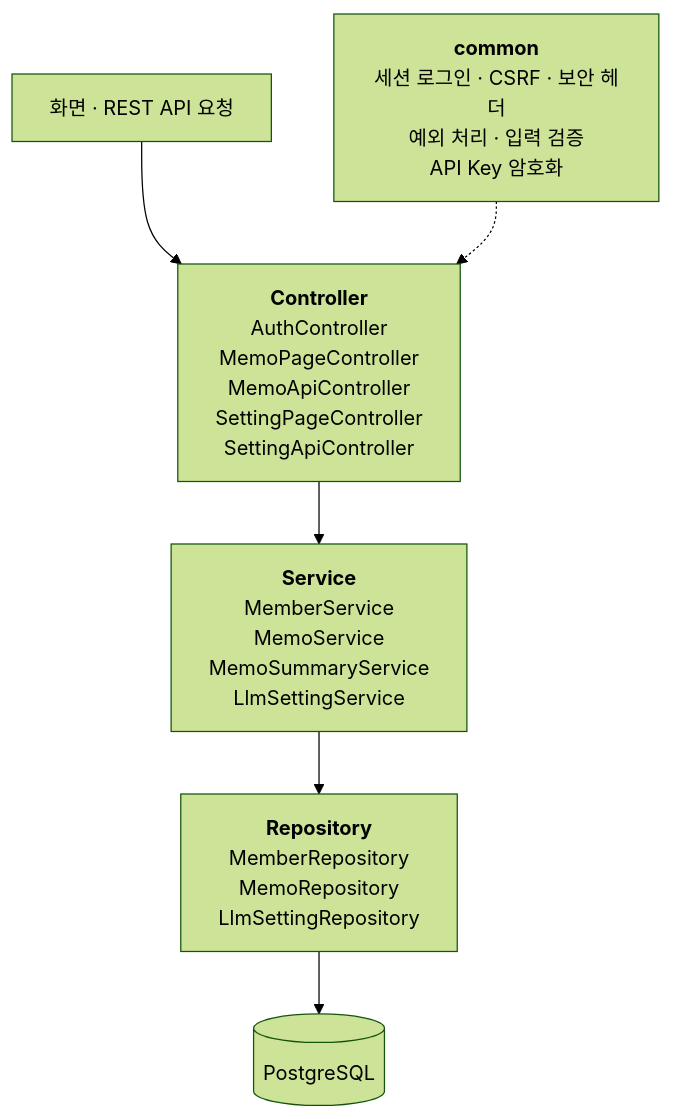
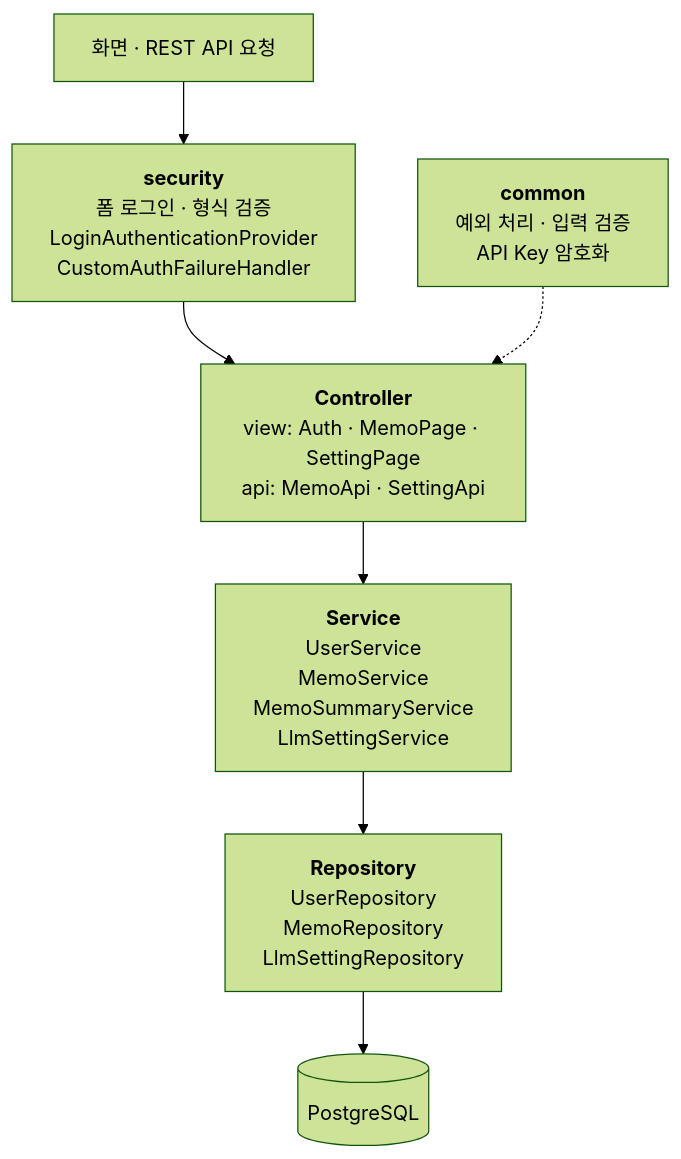
One commit to Hasegos/coding-test-project changed the first of 4 diagrams in README.md. Above: the diagram before and after it, drawn with Mermaid (forest theme). The commit also changed other lines of this file, not shown here.

````diff
--- a/README.md
+++ b/README.md
@@ -164,12 +165,13 @@
 ```mermaid
 flowchart TB
     P["화면 · REST API 요청"]
-    C["<b>Controller</b><br/>AuthController<br/>MemoPageController<br/>MemoApiController<br/>SettingPageController<br/>SettingApiController"]
-    S["<b>Service</b><br/>MemberService<br/>MemoService<br/>MemoSummaryService<br/>LlmSettingService"]
-    R["<b>Repository</b><br/>MemberRepository<br/>MemoRepository<br/>LlmSettingRepository"]
+    SEC["<b>security</b><br/>폼 로그인 · 형식 검증<br/>LoginAuthenticationProvider<br/>CustomAuthFailureHandler"]
+    C["<b>Controller</b><br/>view: Auth · MemoPage · SettingPage<br/>api: MemoApi · SettingApi"]
+    S["<b>Service</b><br/>UserService<br/>MemoService<br/>MemoSummaryService<br/>LlmSettingService"]
+    R["<b>Repository</b><br/>UserRepository<br/>MemoRepository<br/>LlmSettingRepository"]
     DB[("PostgreSQL")]
-    X["<b>common</b><br/>세션 로그인 · CSRF · 보안 헤더<br/>예외 처리 · 입력 검증<br/>API Key 암호화"]
+    X["<b>common</b><br/>예외 처리 · 입력 검증<br/>API Key 암호화"]
 
-    P --> C --> S --> R --> DB
+    P --> SEC --> C --> S --> R --> DB
     X -.-> C
 ```
````
